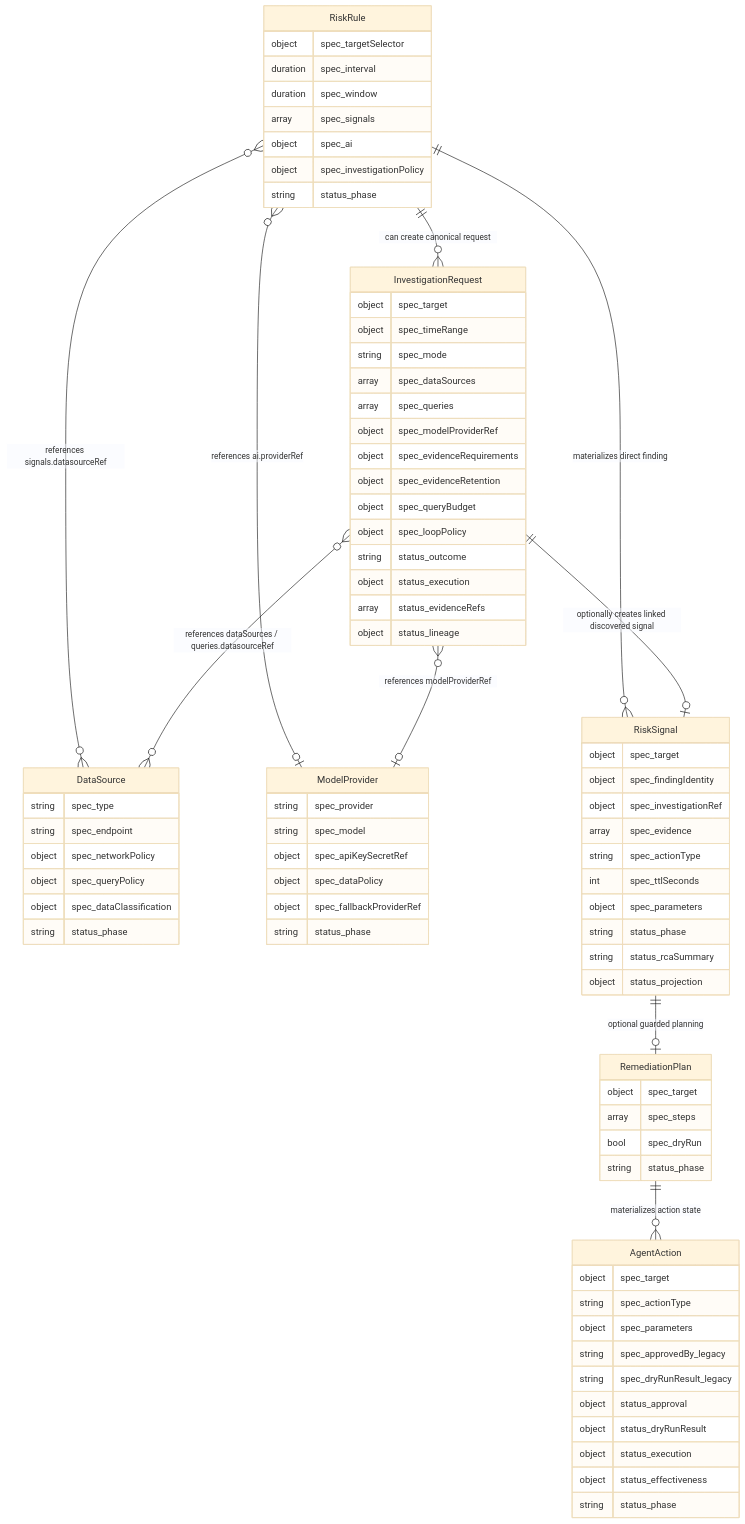
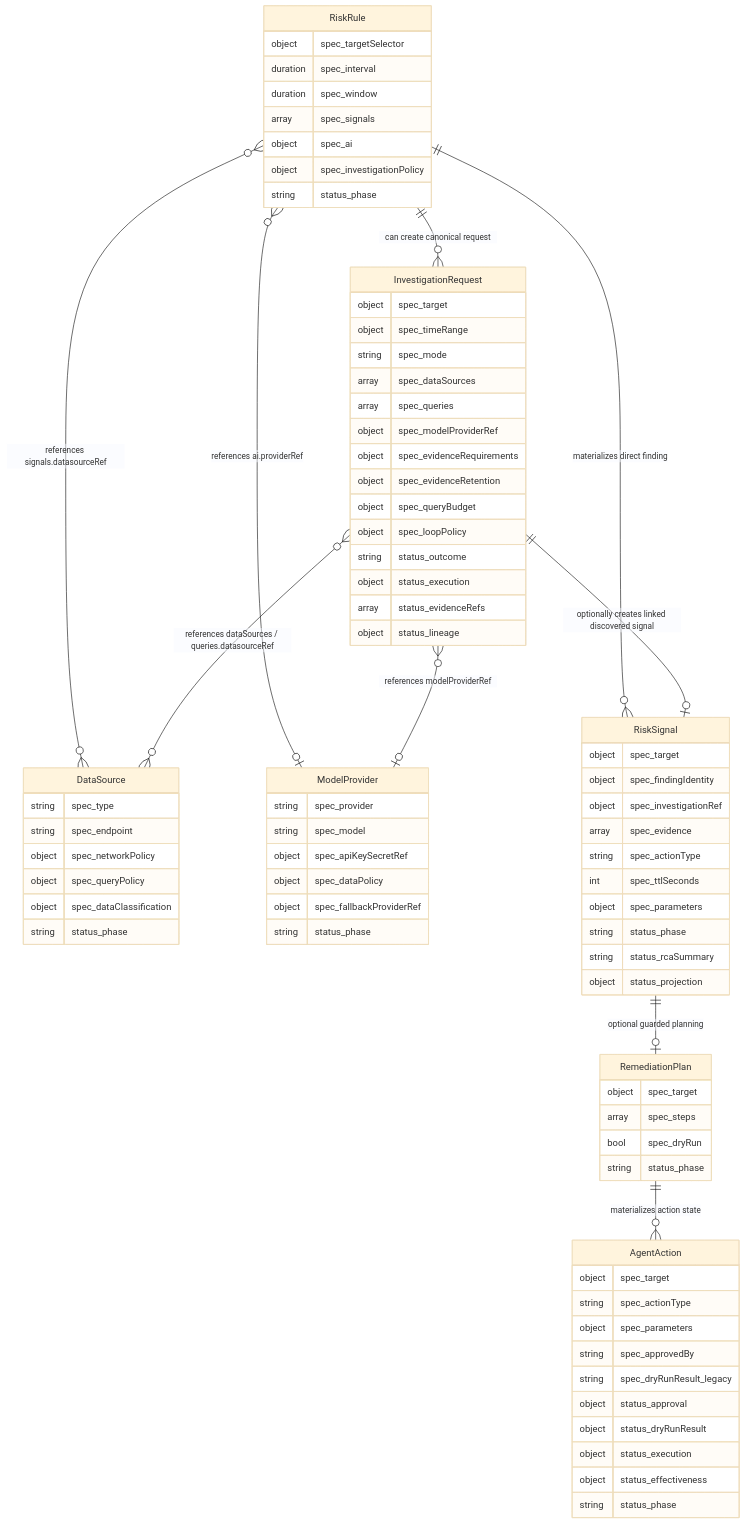
One commit to FluxSeer/fluxseer-rca changed the third of 18 diagrams in docs/architecture/mermaid-diagrams.md. Above: the diagram before and after it, drawn with Mermaid (base theme). The commit also changed other lines of this file and 5 other files, not shown here.

```diff
--- a/docs/architecture/mermaid-diagrams.md
+++ b/docs/architecture/mermaid-diagrams.md
@@ -240,7 +240,7 @@
         object spec_target
         string spec_actionType
         object spec_parameters
-        string spec_approvedBy_legacy
+        string spec_approvedBy
         string spec_dryRunResult_legacy
         object status_approval
         object status_dryRunResult
```
